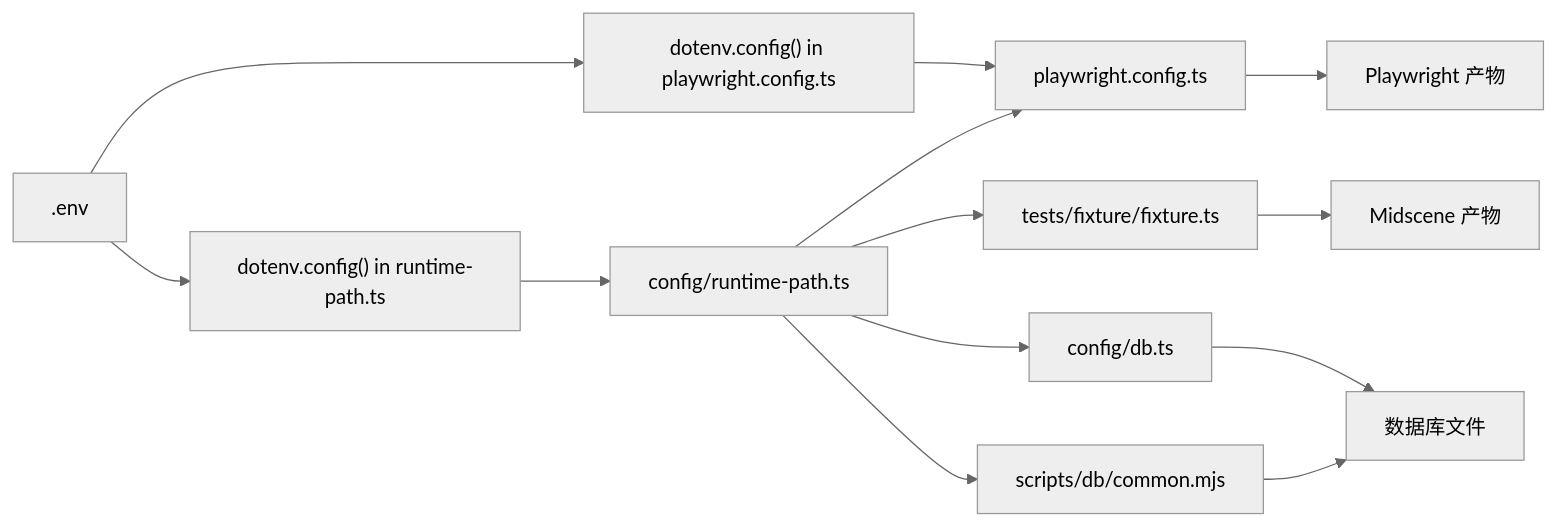
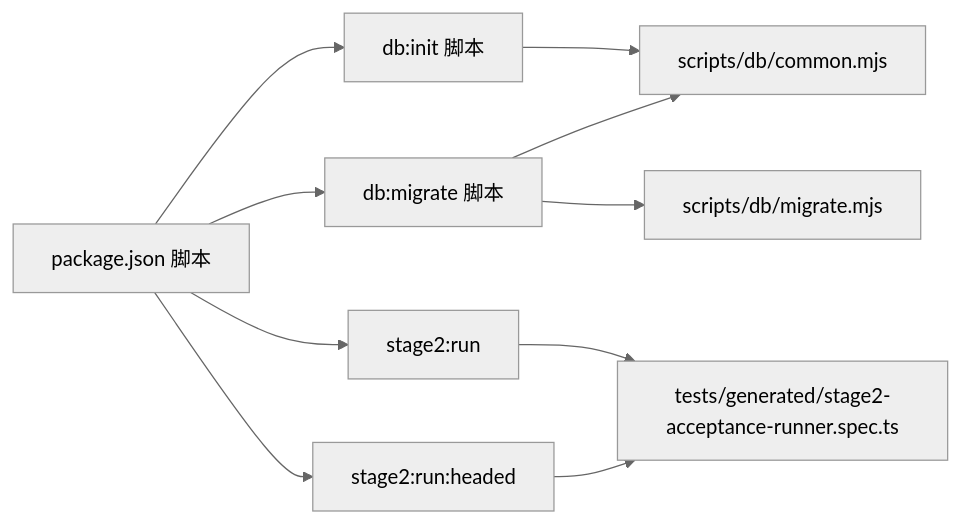
One commit to Jiane-EJ/playwright-mind changed the sixth of 6 diagrams in .qoder/repowiki/zh/content/配置管理系统/环境变量管理.md. Above: the diagram before and after it, drawn with Mermaid (neutral theme). The commit also changed other lines of this file and 151 other files, not shown here.

````diff
--- a/.qoder/repowiki/zh/content/配置管理系统/环境变量管理.md
+++ b/.qoder/repowiki/zh/content/配置管理系统/环境变量管理.md
@@ -244,15 +260,12 @@
 ```mermaid
 graph LR
-ENV[".env"] --> D1["dotenv.config() in runtime-path.ts"]
-ENV --> D2["dotenv.config() in playwright.config.ts"]
-D1 --> RTP["config/runtime-path.ts"]
-D2 --> PWC["playwright.config.ts"]
-RTP --> PWC
-RTP --> FIX["tests/fixture/fixture.ts"]
-RTP --> DBT["config/db.ts"]
-RTP --> CMM["scripts/db/common.mjs"]
-PWC --> OUT["Playwright 产物"]
-FIX --> MSOUT["Midscene 产物"]
-DBT --> DBOUT["数据库文件"]
-CMM --> DBOUT
+PKG["package.json 脚本"] --> INIT["db:init 脚本"]
+PKG --> MIG["db:migrate 脚本"]
+PKG --> T1["stage2:run"]
+PKG --> T2["stage2:run:headed"]
+INIT --> CMN["scripts/db/common.mjs"]
+MIG --> CMN
+MIG --> MIGMJS["scripts/db/migrate.mjs"]
+T1 --> SPEC["tests/generated/stage2-acceptance-runner.spec.ts"]
+T2 --> SPEC
 ```
````
